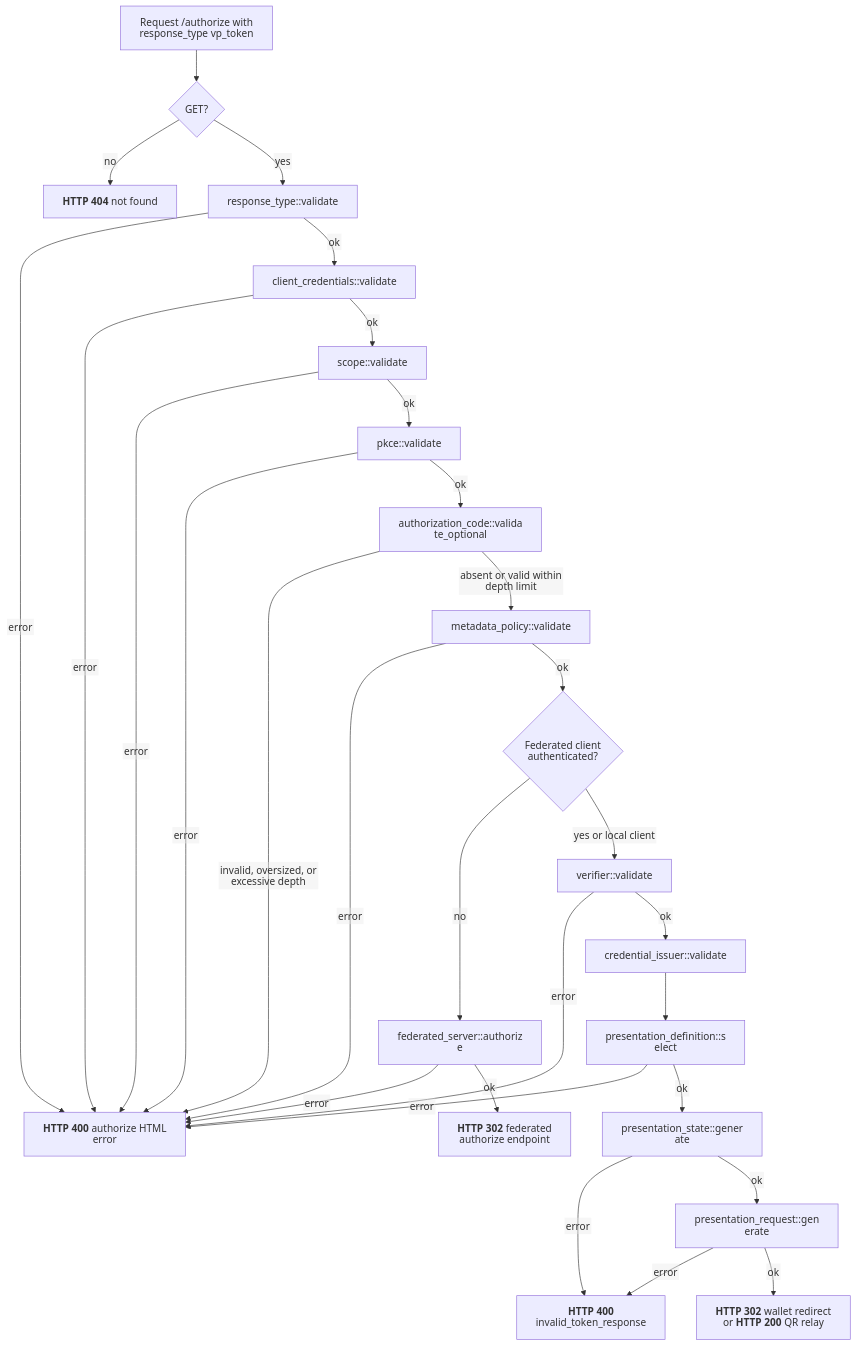
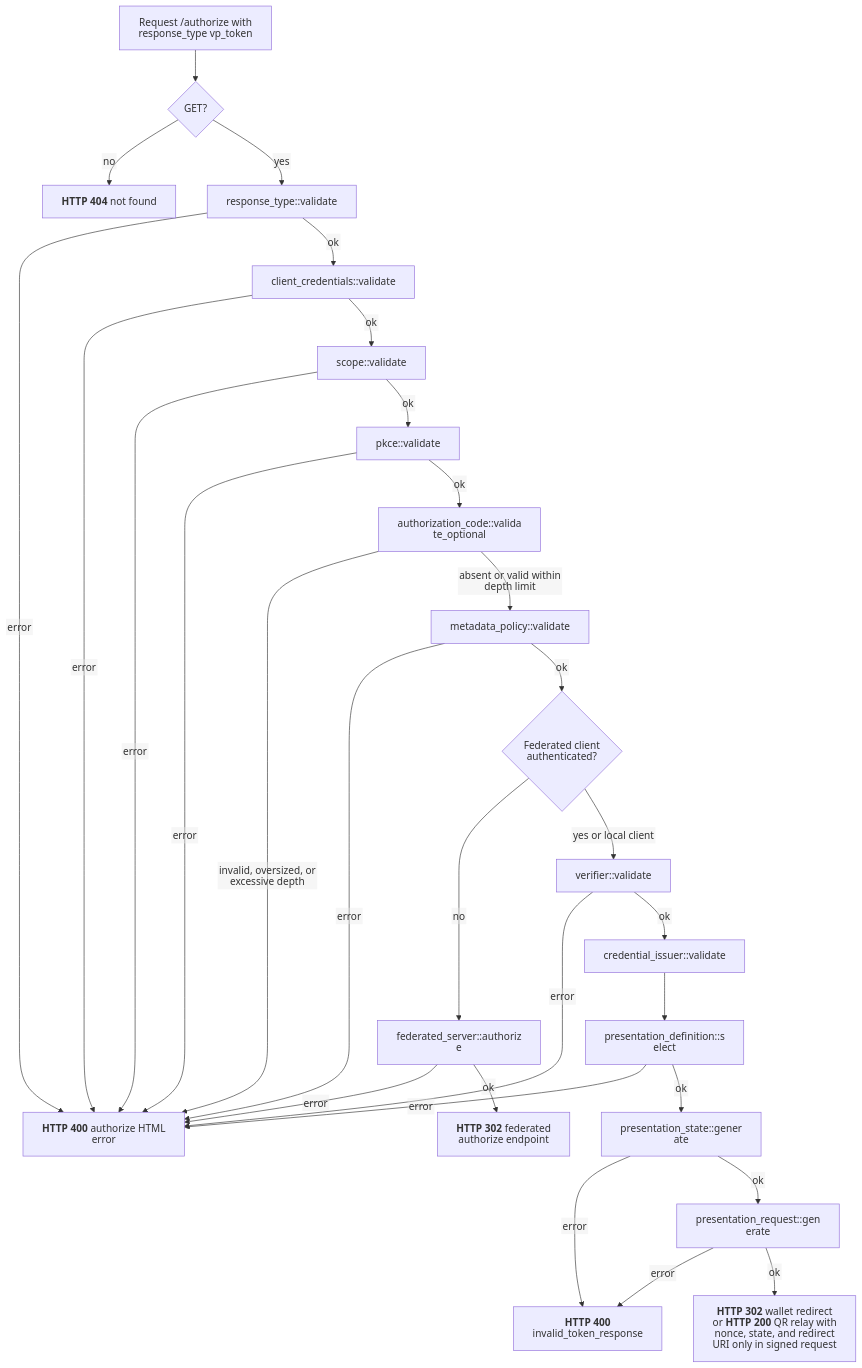
The diagram in docs/flows/openid4vp/presentation_request_endpoint.mmd (malach-it/kagome), drawn with Mermaid before and after one commit. The commit also changed 16 other files, not shown here.

Commit message:
fix: keep wallet transaction parameters in request jwt

```diff
--- a/docs/flows/openid4vp/presentation_request_endpoint.mmd
+++ b/docs/flows/openid4vp/presentation_request_endpoint.mmd
@@ -1,30 +1,30 @@
 %%{init: {"htmlLabels": false, "flowchart": {"htmlLabels": false}}}%%
 flowchart TD
     start[Request /authorize with response_type vp_token] --> method{GET?}
     method -- no --> not_found["`**HTTP 404** not found`"]
     method -- yes --> response_type["response_type::validate"]
     response_type -- error --> authorize_error["`**HTTP 400** authorize HTML error`"]
     response_type -- ok --> client["client_credentials::validate"]
     client -- error --> authorize_error
     client -- ok --> scope["scope::validate"]
     scope -- error --> authorize_error
     scope -- ok --> pkce["pkce::validate"]
     pkce -- error --> authorize_error
     pkce -- ok --> code["authorization_code::validate_optional"]
     code -- invalid, oversized, or excessive depth --> authorize_error
     code -- absent or valid within depth limit --> policy["metadata_policy::validate"]
     policy -- error --> authorize_error
     policy -- ok --> authentication{Federated client authenticated?}
     authentication -- no --> federate["federated_server::authorize"]
     federate -- error --> authorize_error
     federate -- ok --> federation_redirect["`**HTTP 302** federated authorize endpoint`"]
     authentication -- yes or local client --> verifier["verifier::validate"]
     verifier -- error --> authorize_error
     verifier -- ok --> issuer["credential_issuer::validate"]
     issuer --> definition["presentation_definition::select"]
     definition -- error --> authorize_error
     definition -- ok --> state["presentation_state::generate"]
     state -- error --> generation_error["`**HTTP 400** invalid_token_response`"]
     state -- ok --> request_object["presentation_request::generate"]
     request_object -- error --> generation_error
-    request_object -- ok --> success["`**HTTP 302** wallet redirect or **HTTP 200** QR relay`"]
+    request_object -- ok --> success["`**HTTP 302** wallet redirect or **HTTP 200** QR relay with nonce, state, and redirect URI only in signed request`"]
```
